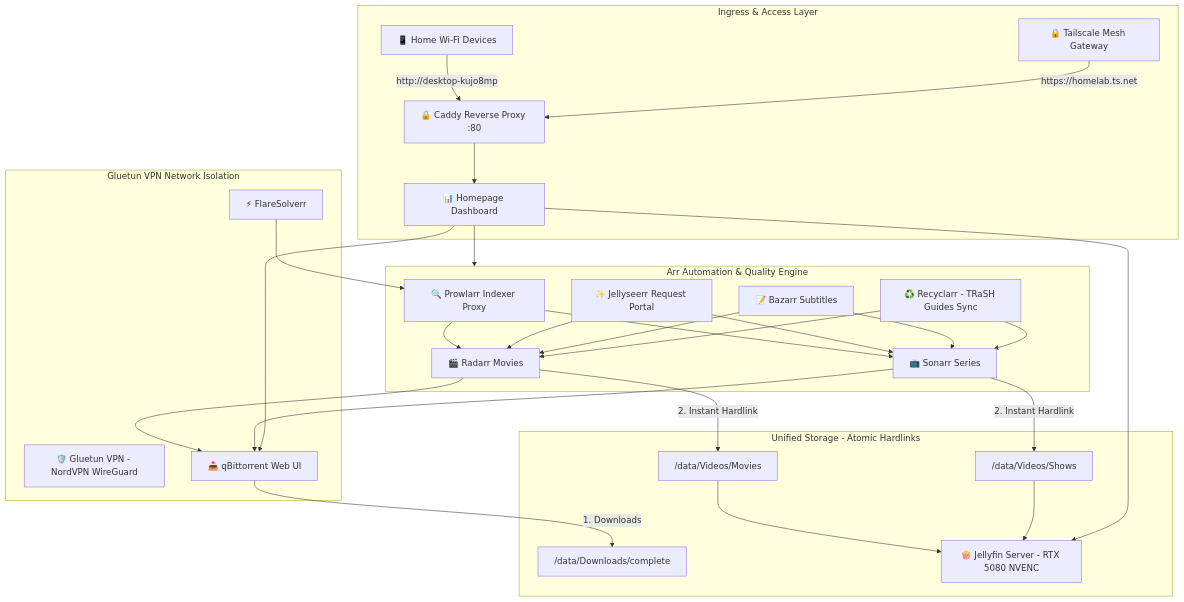
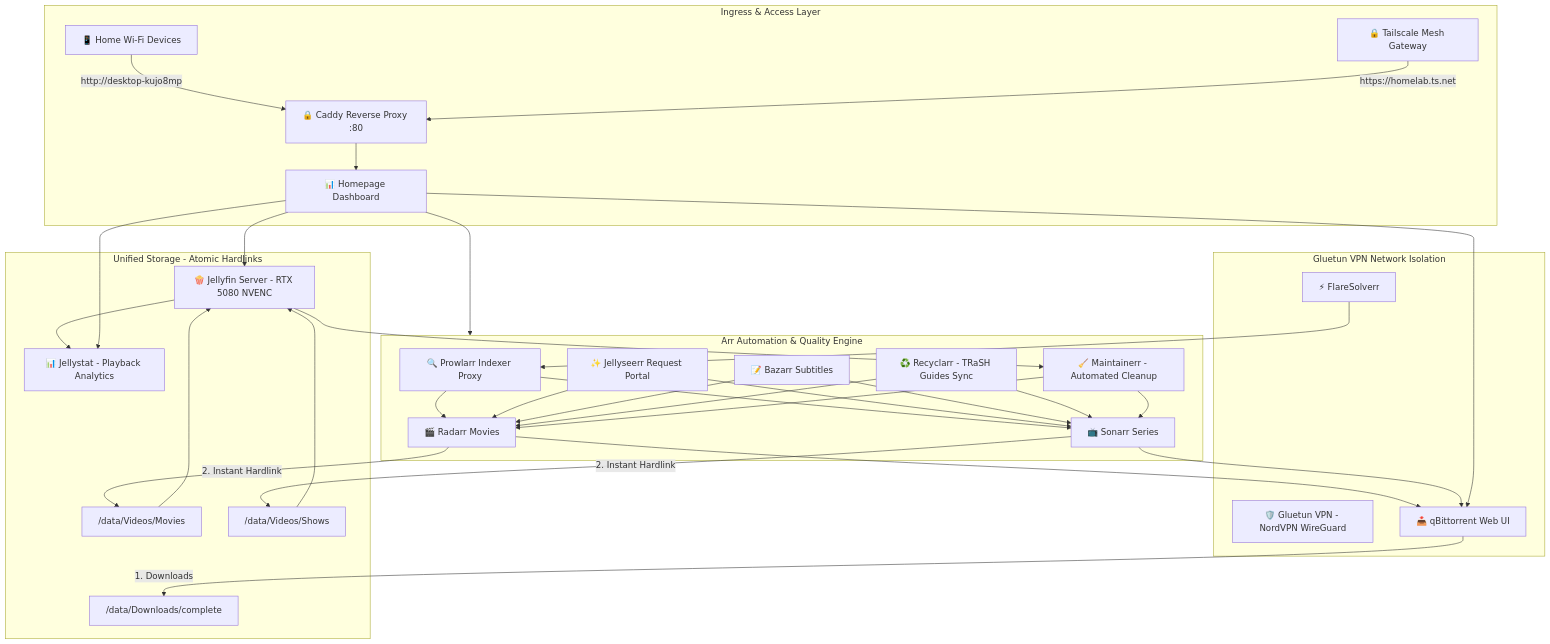
One commit to Anwera64/homelab changed the diagram in README.md. Above: the diagram before and after it, drawn with Mermaid. The commit also changed other lines of this file, not shown here.

````diff
--- a/README.md
+++ b/README.md
@@ -32,33 +33,36 @@
 ```mermaid
 graph TD
     subgraph Ingress [Ingress & Access Layer]
         CLIENTS[📱 Home Wi-Fi Devices] -->|http://desktop-kujo8mp| CADDY[🔒 Caddy Reverse Proxy :80]
         TAILSCALE[🔒 Tailscale Mesh Gateway] -->|https://homelab.ts.net| CADDY
         CADDY --> HOMEPAGE[📊 Homepage Dashboard]
     end
 
     subgraph VPNNet [Gluetun VPN Network Isolation]
         GLUETUN[🛡️ Gluetun VPN - NordVPN WireGuard]
         QBIT[📥 qBittorrent Web UI]
         FLARE[⚡ FlareSolverr]
     end
 
     subgraph ArrSuite [Arr Automation & Quality Engine]
         PROW[🔍 Prowlarr Indexer Proxy] --> RAD[🎬 Radarr Movies] & SON[📺 Sonarr Series]
         SEERR[✨ Jellyseerr Request Portal] --> RAD & SON
         RAD & SON --> QBIT
         FLARE --> PROW
         BAZ[📝 Bazarr Subtitles] --> RAD & SON
         RECYC[♻️ Recyclarr - TRaSH Guides Sync] --> RAD & SON
+        MAINT[🧹 Maintainerr - Automated Cleanup] --> RAD & SON
     end
 
     subgraph MediaStorage [Unified Storage - Atomic Hardlinks]
         QBIT -->|1. Downloads| DOWN["/data/Downloads/complete"]
         RAD -->|2. Instant Hardlink| MOVIES["/data/Videos/Movies"]
         SON -->|2. Instant Hardlink| SHOWS["/data/Videos/Shows"]
         MOVIES --> JELLY[🍿 Jellyfin Server - RTX 5080 NVENC]
         SHOWS --> JELLY
+        JELLY --> JSTAT[📊 Jellystat - Playback Analytics]
+        JELLY --> MAINT
     end
 
-    HOMEPAGE --> ArrSuite & JELLY & QBIT
+    HOMEPAGE --> ArrSuite & JELLY & QBIT & JSTAT
 ```
````
